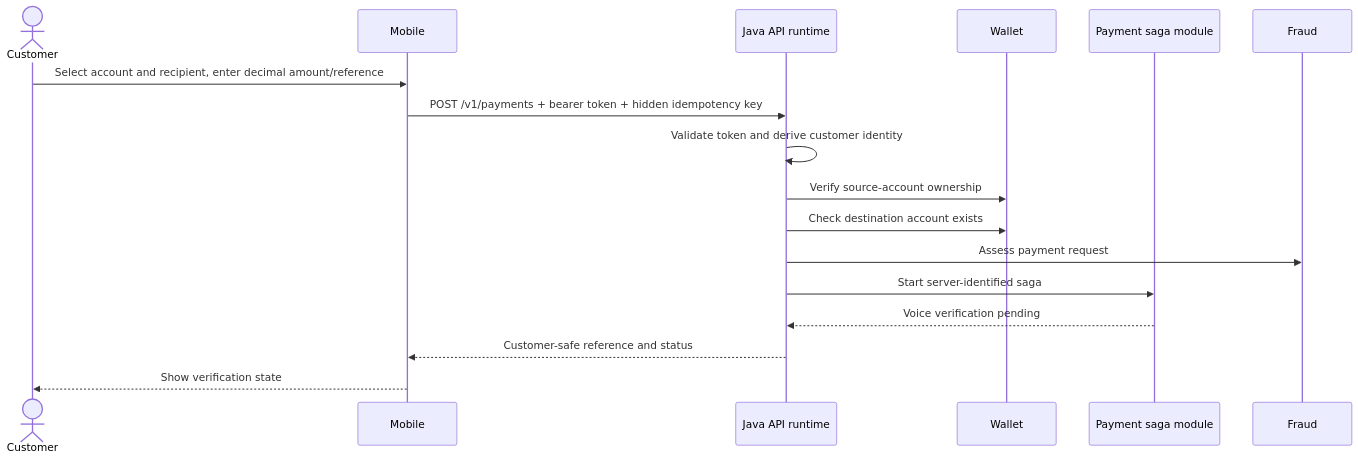
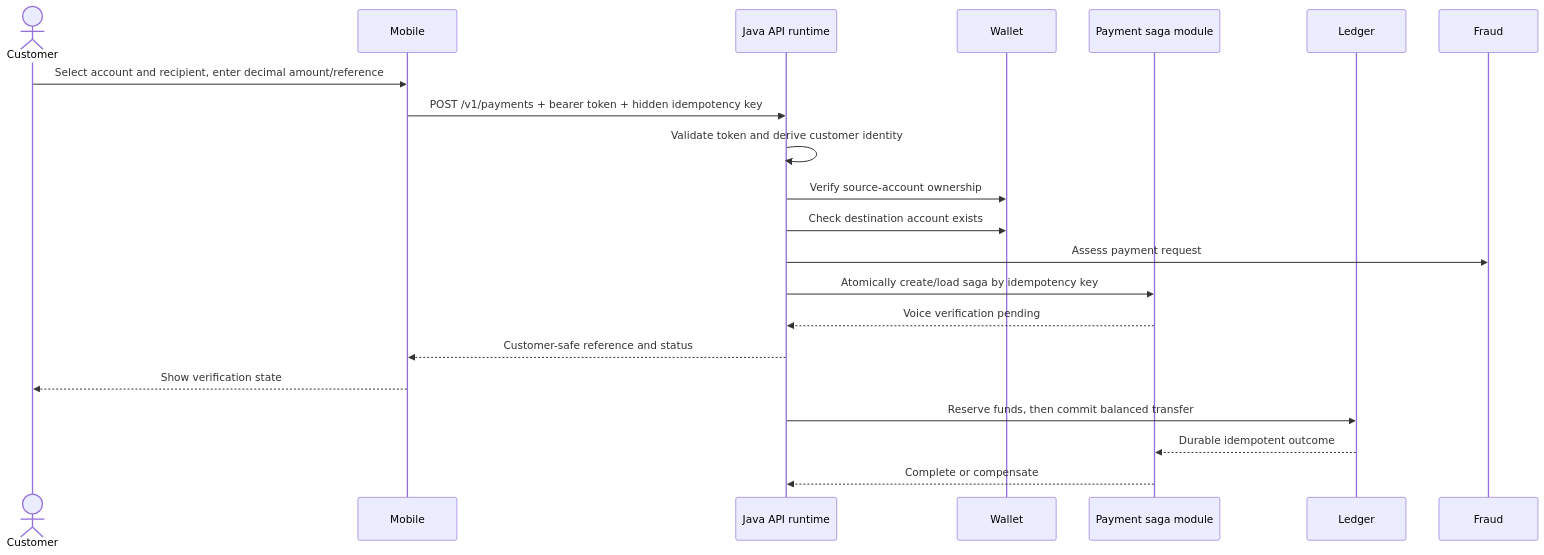
Before and after one commit to Tumelo4/voice-secure-wallet: the diagram in docs/architecture/current-payment-flow.md, drawn with Mermaid. The commit also changed other lines of this file and 30 other files, not shown here.

````diff
--- a/docs/architecture/current-payment-flow.md
+++ b/docs/architecture/current-payment-flow.md
@@ -3,20 +3,24 @@
 ```mermaid
 sequenceDiagram
     actor Customer
     participant Mobile
     participant API as Java API runtime
     participant Wallet
     participant Payment as Payment saga module
+    participant Ledger
     participant Fraud
 
     Customer->>Mobile: Select account and recipient, enter decimal amount/reference
     Mobile->>API: POST /v1/payments + bearer token + hidden idempotency key
     API->>API: Validate token and derive customer identity
     API->>Wallet: Verify source-account ownership
     API->>Wallet: Check destination account exists
     API->>Fraud: Assess payment request
-    API->>Payment: Start server-identified saga
+    API->>Payment: Atomically create/load saga by idempotency key
     Payment-->>API: Voice verification pending
     API-->>Mobile: Customer-safe reference and status
     Mobile-->>Customer: Show verification state
+    API->>Ledger: Reserve funds, then commit balanced transfer
+    Ledger-->>Payment: Durable idempotent outcome
+    Payment-->>API: Complete or compensate
 ```
````
